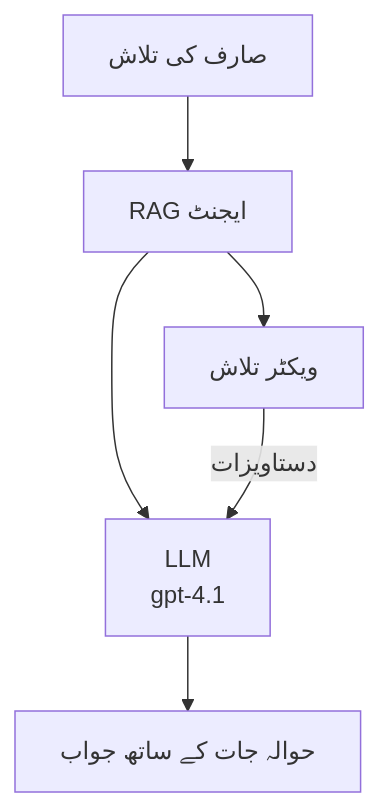
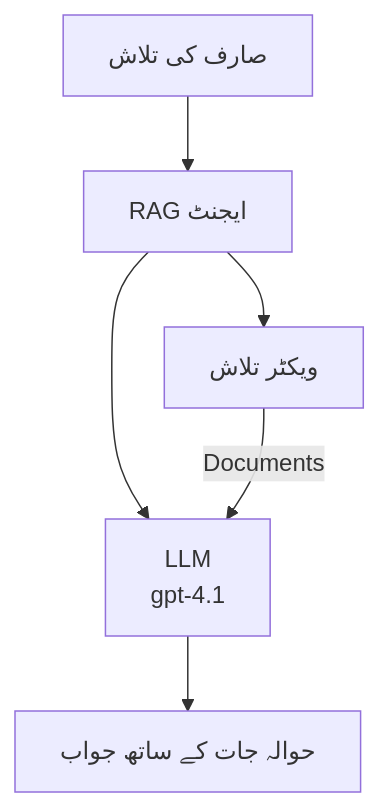
Before and after one commit to microsoft/AZD-for-beginners: the second of 3 diagrams in translations/ur/docs/chapter-02-ai-development/agents.md, drawn with Mermaid. The commit also changed other lines of this file and 104 other files, not shown here.

````diff
--- a/translations/ur/docs/chapter-02-ai-development/agents.md
+++ b/translations/ur/docs/chapter-02-ai-development/agents.md
@@ -175,8 +181,8 @@
 ```mermaid
 graph TD
     Query[صارف کی تلاش] --> RAG[RAG ایجنٹ]
     RAG --> Vector[ویکٹر تلاش]
     RAG --> LLM[LLM<br/>gpt-4.1]
-    Vector -- دستاویزات --> LLM
+    Vector -- Documents --> LLM
     LLM --> Response[حوالہ جات کے ساتھ جواب]
-```  
+```
````
